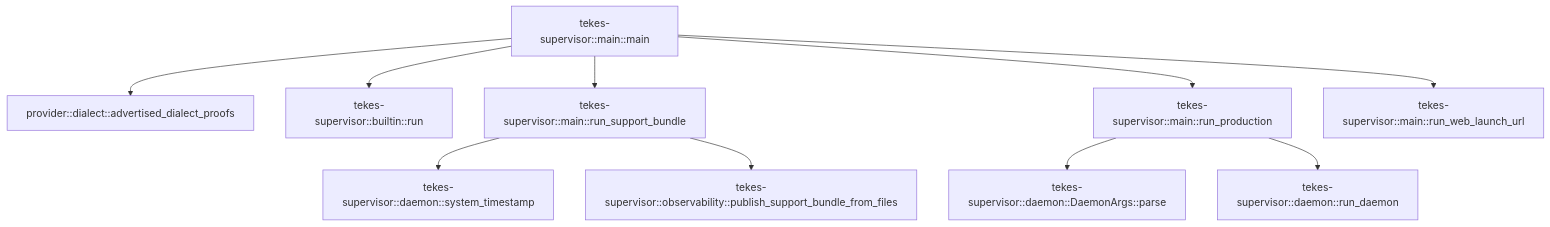
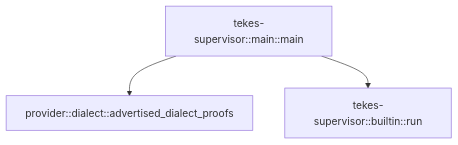
Before and after one commit to TekesApps/TekesKernel: the diagram in crates/supervisor/docs/generated/src--main.md, drawn with Mermaid. The commit also changed other lines of this file and 51 other files, not shown here.

First line of the commit message:
refactor(supervisor): remove the launchd daemon mode; add web_listen to built-in launch (#32)

````diff
--- a/crates/supervisor/docs/generated/src--main.md
+++ b/crates/supervisor/docs/generated/src--main.md
@@ -36,22 +32,8 @@
 ```mermaid
 flowchart TD
   n0["provider::dialect::advertised_dialect_proofs"]
   n1["tekes-supervisor::builtin::run"]
-  n2["tekes-supervisor::daemon::DaemonArgs::parse"]
-  n3["tekes-supervisor::daemon::system_timestamp"]
-  n4["tekes-supervisor::daemon::run_daemon"]
-  n5["tekes-supervisor::main::run_support_bundle"]
-  n6["tekes-supervisor::main::run_production"]
-  n7["tekes-supervisor::main::main"]
-  n8["tekes-supervisor::main::run_web_launch_url"]
-  n9["tekes-supervisor::observability::publish_support_bundle_from_files"]
-  n5 --> n3
-  n5 --> n9
-  n6 --> n2
-  n6 --> n4
-  n7 --> n0
-  n7 --> n1
-  n7 --> n5
-  n7 --> n6
-  n7 --> n8
+  n2["tekes-supervisor::main::main"]
+  n2 --> n0
+  n2 --> n1
 ```
````
